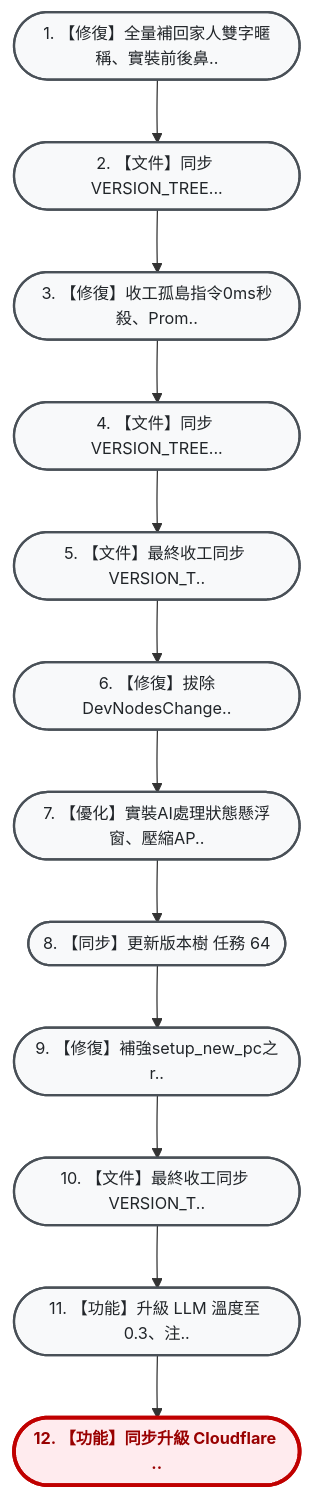
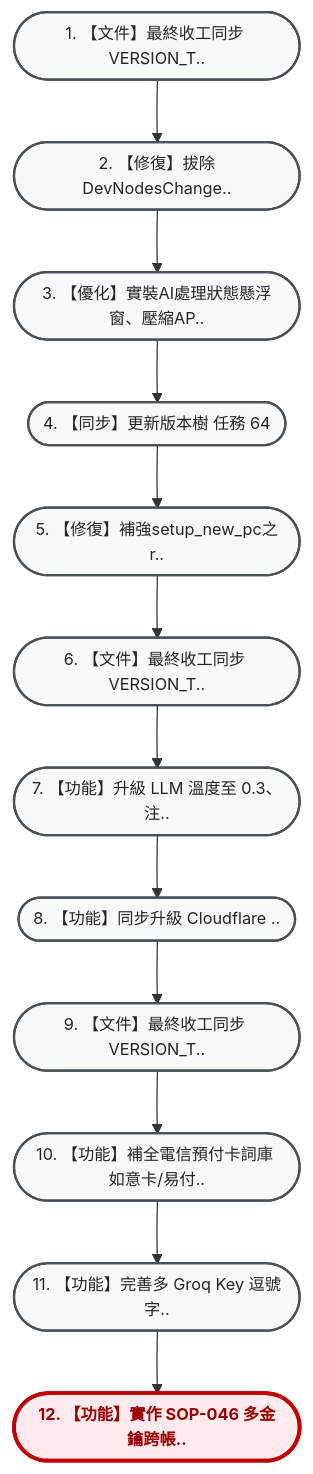
Before and after one commit to hjen8/NoType-Scribe: the diagram in VERSION_TREE.md, drawn with Mermaid. The commit also changed other lines of this file, not shown here.

Commit message:
docs: 同步收工版本樹 VERSION_TREE (SOP-046 多金鑰交替平衡上線)

````diff
--- a/VERSION_TREE.md
+++ b/VERSION_TREE.md
@@ -13,32 +13,32 @@
 ```mermaid
 flowchart TD
     %% 雙壁版本樹專用視覺化配色風格 (由上而下 TD 垂直大字純中文版)
     classDef default fill:#f8f9fa,stroke:#495057,stroke-width:1.8px,color:#212529,font-size:13px;
     classDef current fill:#ffebee,stroke:#c00000,stroke-width:3px,color:#900,font-weight:bold,font-size:13px;
     classDef mergeNode fill:#e3f2fd,stroke:#1565c0,stroke-width:2px,color:#0d47a1,font-size:13px;
     classDef detour fill:#fff3e0,stroke:#e65100,stroke-width:2px,color:#b78103,font-size:13px;
     classDef transplant fill:#f3e5f5,stroke:#4a148c,stroke-width:2.5px,color:#4a148c,font-weight:bold,font-size:13px;
-    n_c88210e(["1. 【修復】全量補回家人雙字暱稱、實裝前後鼻.."]):::default
-    n_534b345(["2. 【文件】同步 VERSION_TREE..."]):::default
-    n_c39c580(["3. 【修復】收工孤島指令0ms秒殺、Prom.."]):::default
-    n_a018c1d(["4. 【文件】同步 VERSION_TREE..."]):::default
-    n_cc1d9fb(["5. 【文件】最終收工同步 VERSION_T.."]):::default
-    n_c832e4a(["6. 【修復】拔除DevNodesChange.."]):::default
-    n_f79b0ab(["7. 【優化】實裝AI處理狀態懸浮窗、壓縮AP.."]):::default
-    n_8efb4a5(["8. 【同步】更新版本樹 任務 64"]):::default
-    n_b742715(["9. 【修復】補強setup_new_pc之r.."]):::default
-    n_5fb84f1(["10. 【文件】最終收工同步 VERSION_T.."]):::default
-    n_d768dea(["11. 【功能】升級 LLM 溫度至 0.3、注.."]):::default
-    n_3c6dba7(["12. 【功能】同步升級 Cloudflare .."]):::current
-    n_c88210e --> n_534b345
-    n_534b345 --> n_c39c580
-    n_c39c580 --> n_a018c1d
-    n_a018c1d --> n_cc1d9fb
+    n_cc1d9fb(["1. 【文件】最終收工同步 VERSION_T.."]):::default
+    n_c832e4a(["2. 【修復】拔除DevNodesChange.."]):::default
+    n_f79b0ab(["3. 【優化】實裝AI處理狀態懸浮窗、壓縮AP.."]):::default
+    n_8efb4a5(["4. 【同步】更新版本樹 任務 64"]):::default
+    n_b742715(["5. 【修復】補強setup_new_pc之r.."]):::default
+    n_5fb84f1(["6. 【文件】最終收工同步 VERSION_T.."]):::default
+    n_d768dea(["7. 【功能】升級 LLM 溫度至 0.3、注.."]):::default
+    n_3c6dba7(["8. 【功能】同步升級 Cloudflare .."]):::default
+    n_bbc9770(["9. 【文件】最終收工同步 VERSION_T.."]):::default
+    n_7440da6(["10. 【功能】補全電信預付卡詞庫 如意卡/易付.."]):::default
+    n_4cc62de(["11. 【功能】完善多 Groq Key 逗號字.."]):::default
+    n_7373595(["12. 【功能】實作 SOP-046 多金鑰跨帳.."]):::current
     n_cc1d9fb --> n_c832e4a
     n_c832e4a --> n_f79b0ab
     n_f79b0ab --> n_8efb4a5
     n_8efb4a5 --> n_b742715
     n_b742715 --> n_5fb84f1
     n_5fb84f1 --> n_d768dea
     n_d768dea --> n_3c6dba7
+    n_3c6dba7 --> n_bbc9770
+    n_bbc9770 --> n_7440da6
+    n_7440da6 --> n_4cc62de
+    n_4cc62de --> n_7373595
 ```
````
